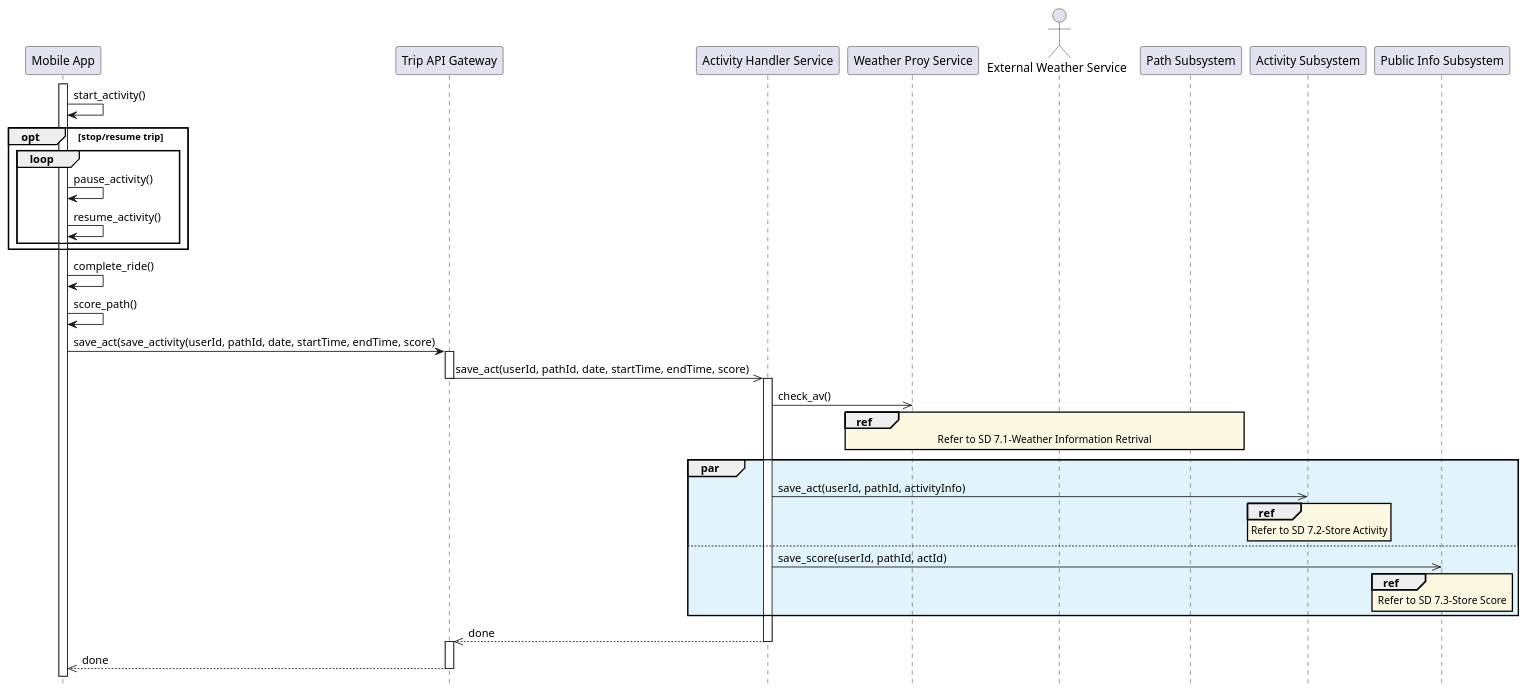
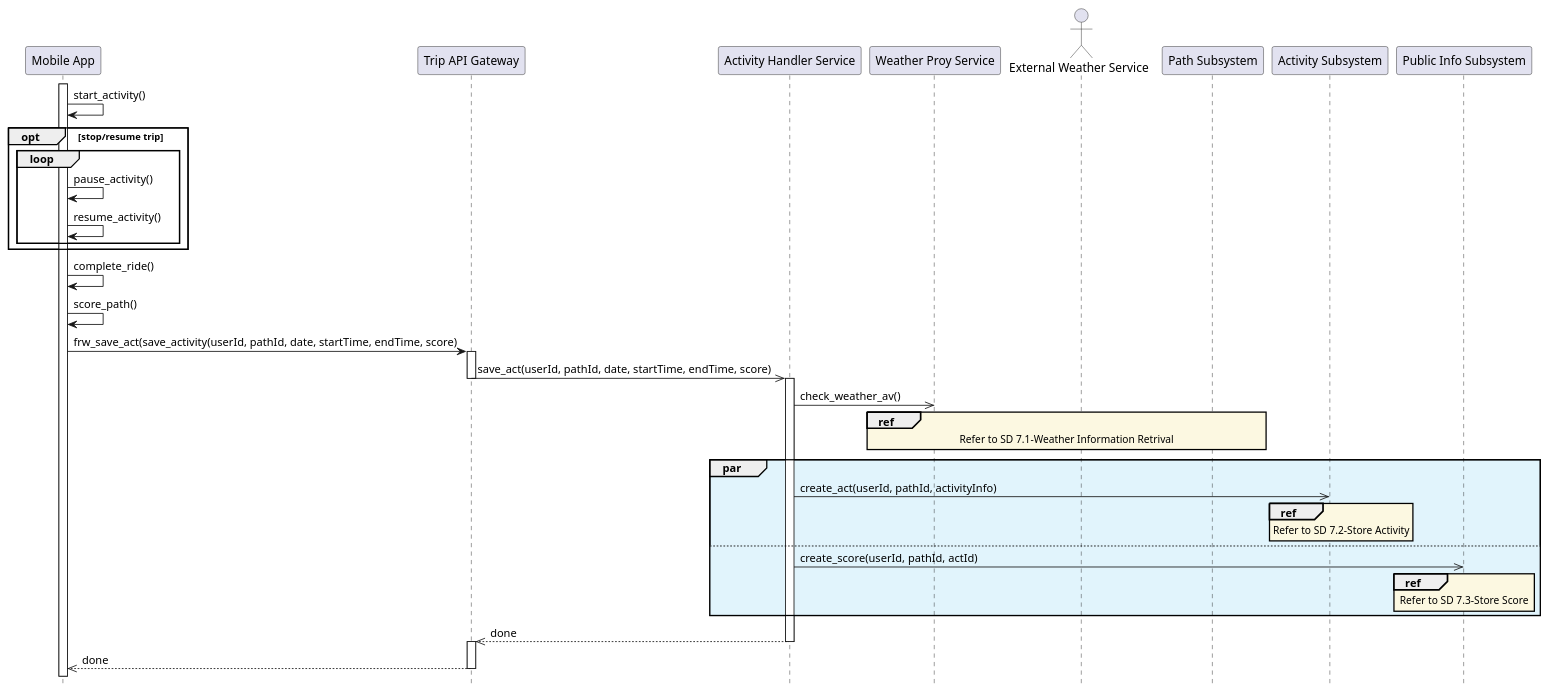
One commit to Guflie/PoliMi-SWE2-RDD-project changed the diagram in diagrams/DD/sequenceDiagram/sd7_registered_user_activity.puml. Above: the diagram before and after it, drawn with PlantUML. The commit also changed 20 other files, not shown here.

```diff
--- a/diagrams/DD/sequenceDiagram/sd7_registered_user_activity.puml
+++ b/diagrams/DD/sequenceDiagram/sd7_registered_user_activity.puml
@@ -1,51 +1,51 @@
 @startuml sd7_registered_user_activity
 ' Refers to UC9
 hide footbox
 
 skinparam sequence {
     ReferenceBackgroundColor #fcf8e1
 }
 
 participant "Mobile App" as app
 participant "Trip API Gateway" as tapi
 participant "Activity Handler Service" as ahs
 participant "Weather Proy Service" as wps
 actor "External Weather Service" as ews
 participant "Path Subsystem" as pss
 participant "Activity Subsystem" as ass 
 participant "Public Info Subsystem" as piss
 
 activate app
 app -> app :start_activity()
 opt stop/resume trip
     loop
         app -> app : pause_activity()
         app -> app : resume_activity()
     end
 end
 app -> app : complete_ride()
 app -> app : score_path()
-app -> tapi: save_act(save_activity(userId, pathId, date, startTime, endTime, score)
+app -> tapi: frw_save_act(save_activity(userId, pathId, date, startTime, endTime, score)
 activate tapi
 tapi ->> ahs : save_act(userId, pathId, date, startTime, endTime, score)
 deactivate tapi
 
 ' first check if the weather servcie is available
 activate ahs
-ahs ->> wps : check_av()
+ahs ->> wps : check_weather_av()
 ref over wps, ews, pss : Refer to SD 7.1-Weather Information Retrival
 
 par #e1f4fc 
-    ahs ->> ass : save_act(userId, pathId, activityInfo)
+    ahs ->> ass : create_act(userId, pathId, activityInfo)
     ref over  ass : Refer to SD 7.2-Store Activity
 else
-    ahs ->> piss : save_score(userId, pathId, actId)
+    ahs ->> piss : create_score(userId, pathId, actId)
     ref over piss : Refer to SD 7.3-Store Score
 end
 ahs -->> tapi : done
 deactivate ahs
 activate tapi
 tapi -->> app : done
 deactivate tapi
 
 @enduml
```
